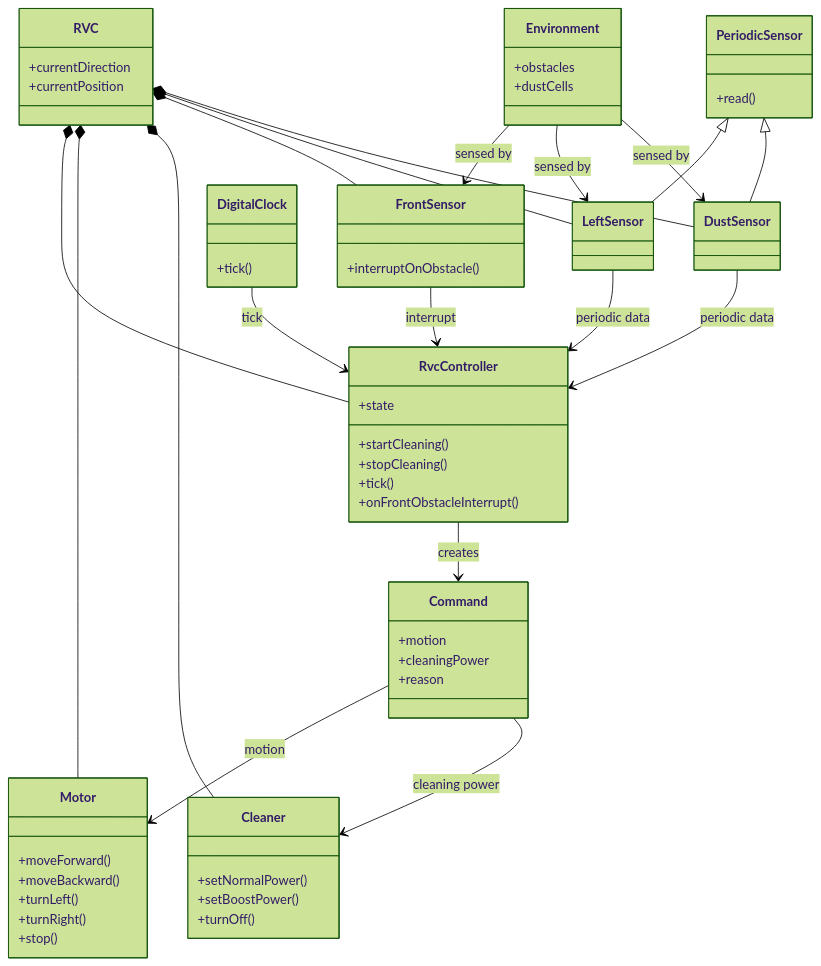
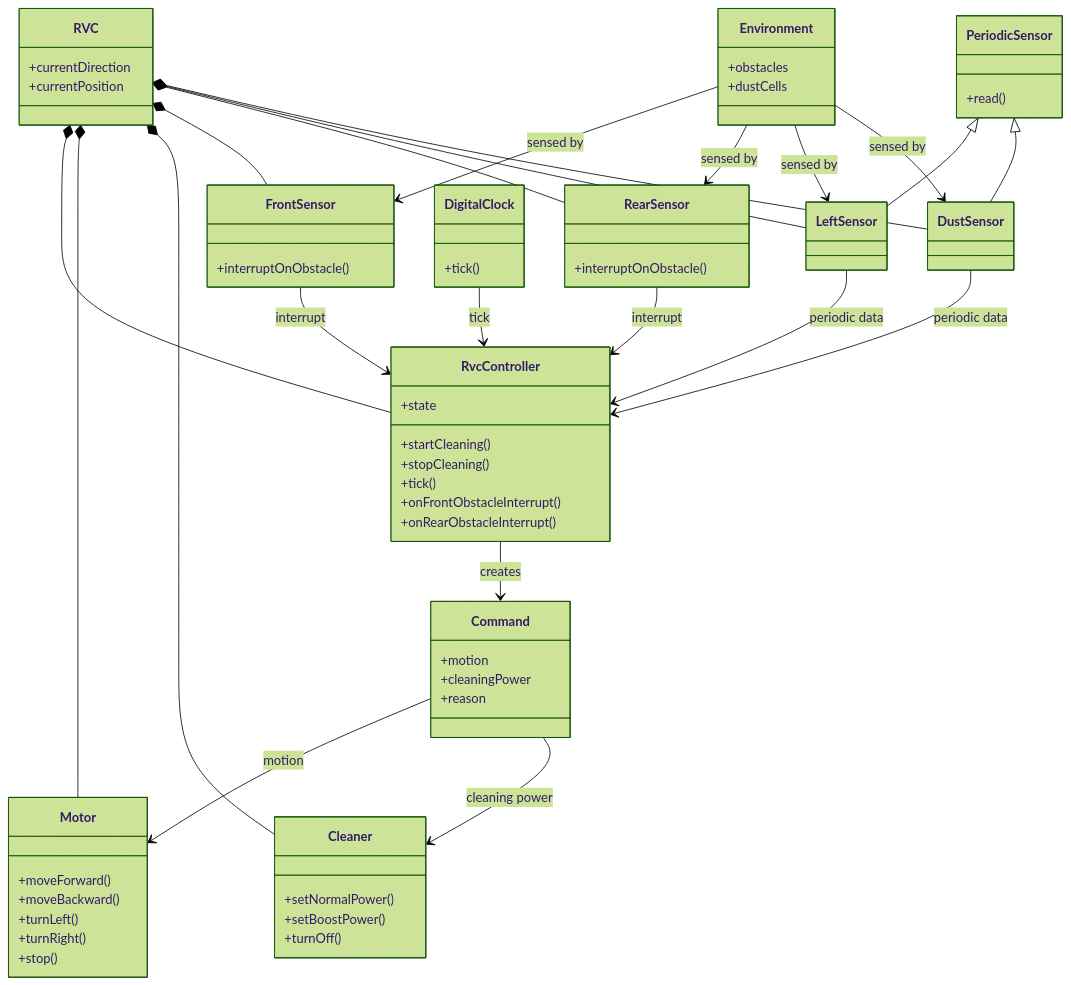
The first of 8 diagrams in docs/srs.md (reload02/ooad-vibe), drawn with Mermaid (forest theme) before and after one commit. The commit also changed other lines of this file and 9 other files, not shown here.

````diff
--- a/docs/srs.md
+++ b/docs/srs.md
@@ -93,74 +97,82 @@
 ```mermaid
 classDiagram
     class RVC {
         +currentDirection
         +currentPosition
     }
 
     class RvcController {
         +state
         +startCleaning()
         +stopCleaning()
         +tick()
         +onFrontObstacleInterrupt()
+        +onRearObstacleInterrupt()
     }
 
     class FrontSensor {
+        +interruptOnObstacle()
+    }
+
+    class RearSensor {
         +interruptOnObstacle()
     }
 
     class PeriodicSensor {
         +read()
     }
 
     class LeftSensor
     class DustSensor
 
     class DigitalClock {
         +tick()
     }
 
     class Motor {
         +moveForward()
         +moveBackward()
         +turnLeft()
         +turnRight()
         +stop()
     }
 
     class Cleaner {
         +setNormalPower()
         +setBoostPower()
         +turnOff()
     }
 
     class Environment {
         +obstacles
         +dustCells
     }
 
     class Command {
         +motion
         +cleaningPower
         +reason
     }
 
     RVC *-- RvcController
     RVC *-- Motor
     RVC *-- Cleaner
     RVC *-- FrontSensor
+    RVC *-- RearSensor
     RVC *-- LeftSensor
     RVC *-- DustSensor
     PeriodicSensor <|-- LeftSensor
     PeriodicSensor <|-- DustSensor
     DigitalClock --> RvcController : tick
     FrontSensor --> RvcController : interrupt
+    RearSensor --> RvcController : interrupt
     LeftSensor --> RvcController : periodic data
     DustSensor --> RvcController : periodic data
     RvcController --> Command : creates
     Command --> Motor : motion
     Command --> Cleaner : cleaning power
     Environment --> FrontSensor : sensed by
+    Environment --> RearSensor : sensed by
     Environment --> LeftSensor : sensed by
     Environment --> DustSensor : sensed by
 ```
````
